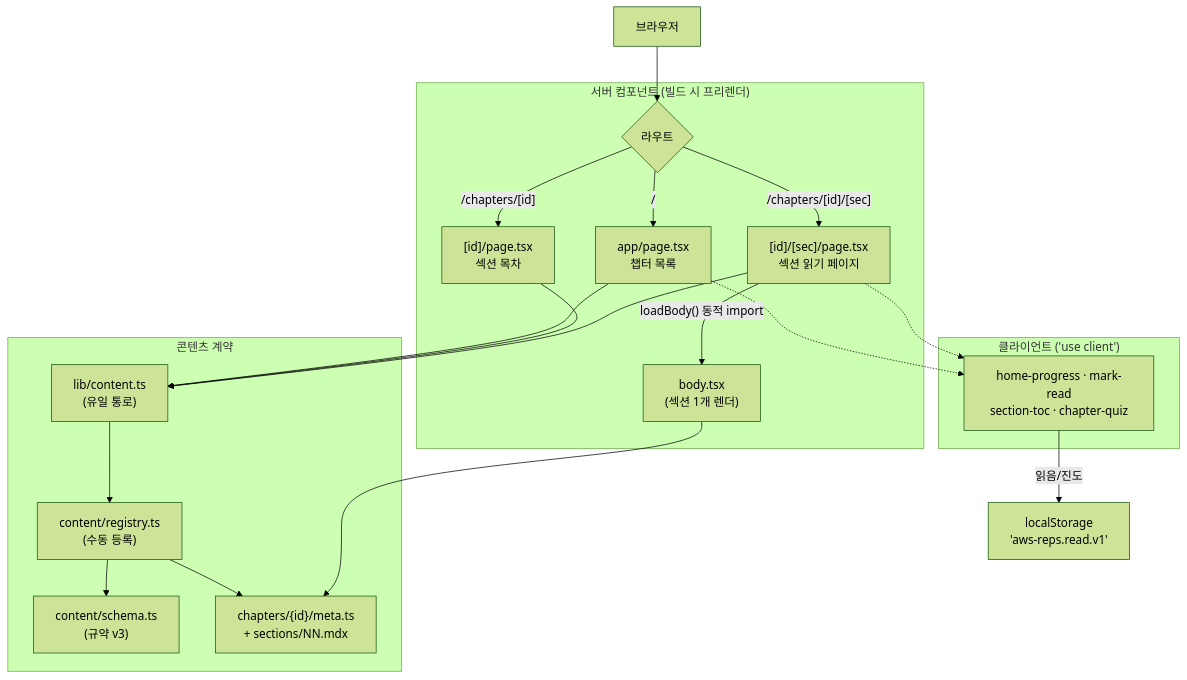
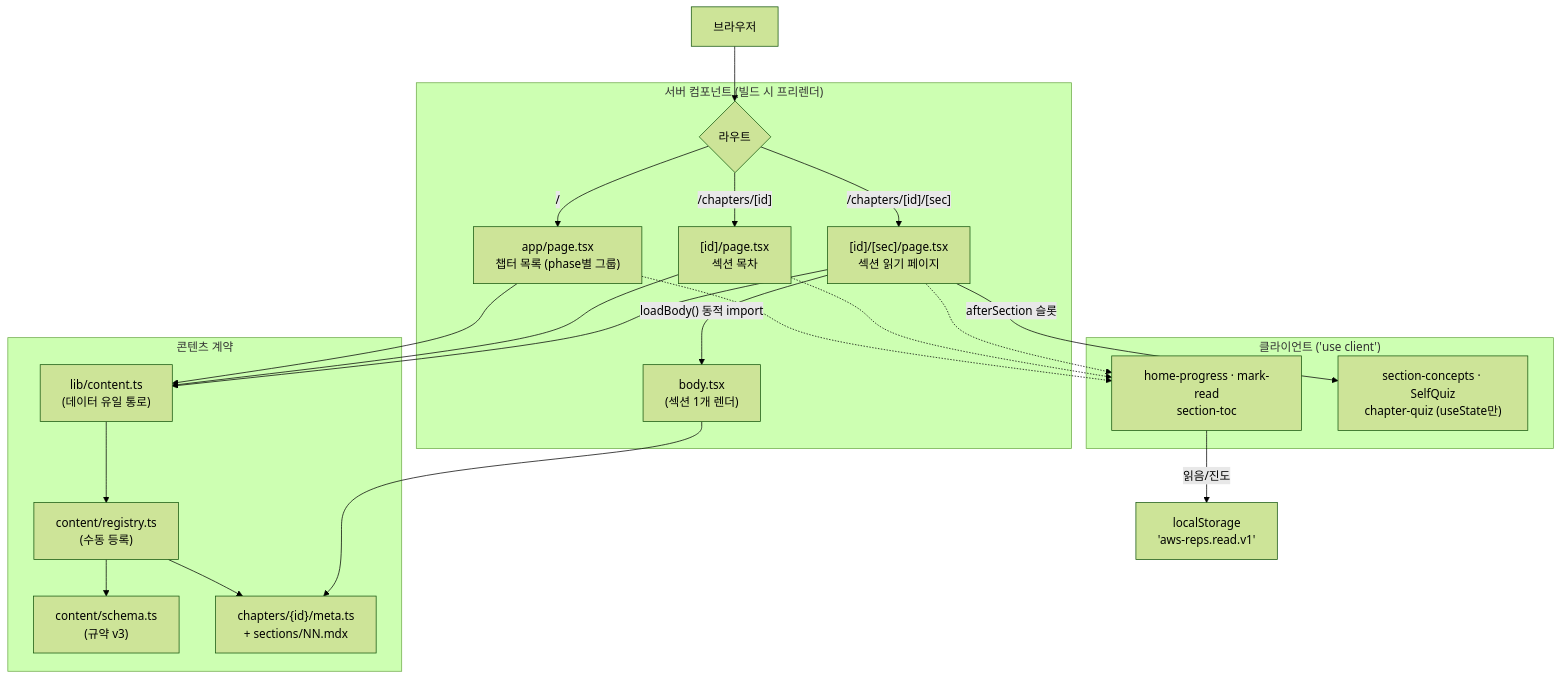
The second of 4 diagrams in docs/ARCHITECTURE.md (padahkim/aws-reps), drawn with Mermaid (forest theme) before and after one commit. The commit also changed other lines of this file and 1 other file, not shown here.

````diff
--- a/docs/ARCHITECTURE.md
+++ b/docs/ARCHITECTURE.md
@@ -69,31 +70,34 @@
 ```mermaid
 flowchart TD
   browser["브라우저"] --> route
 
   subgraph server["서버 컴포넌트 (빌드 시 프리렌더)"]
     route{"라우트"}
-    route -->|"/"| home["app/page.tsx<br/>챕터 목록"]
+    route -->|"/"| home["app/page.tsx<br/>챕터 목록 (phase별 그룹)"]
     route -->|"/chapters/[id]"| toc["[id]/page.tsx<br/>섹션 목차"]
     route -->|"/chapters/[id]/[sec]"| sec["[id]/[sec]/page.tsx<br/>섹션 읽기 페이지"]
     sec -->|"loadBody() 동적 import"| body["body.tsx<br/>(섹션 1개 렌더)"]
   end
 
   subgraph content["콘텐츠 계약"]
-    lib["lib/content.ts<br/>(유일 통로)"] --> registry["content/registry.ts<br/>(수동 등록)"]
+    lib["lib/content.ts<br/>(데이터 유일 통로)"] --> registry["content/registry.ts<br/>(수동 등록)"]
     registry --> schema["content/schema.ts<br/>(규약 v3)"]
     registry --> meta["chapters/{id}/meta.ts<br/>+ sections/NN.mdx"]
   end
 
   home --> lib
   toc --> lib
   sec --> lib
   body --> meta
 
   subgraph client["클라이언트 ('use client')"]
-    prog["home-progress · mark-read<br/>section-toc · chapter-quiz"]
+    prog["home-progress · mark-read<br/>section-toc"]
+    learn["section-concepts · SelfQuiz<br/>chapter-quiz (useState만)"]
   end
 
   home -.-> prog
+  toc -.-> prog
   sec -.-> prog
+  sec -->|"afterSection 슬롯"| learn
   prog -->|"읽음/진도"| ls["localStorage<br/>'aws-reps.read.v1'"]
 ```
````
